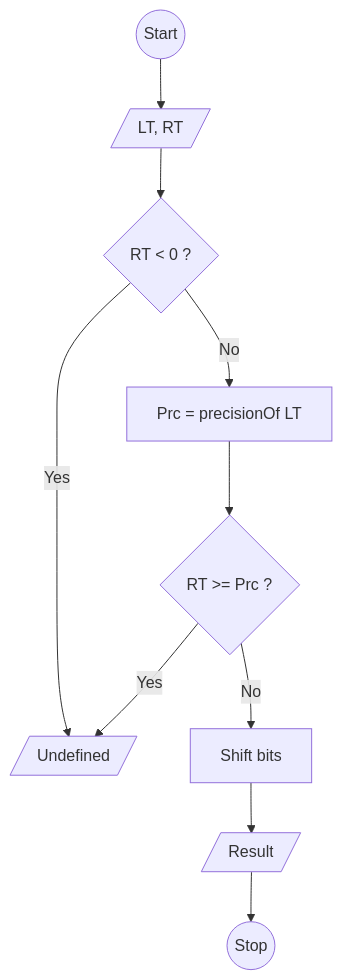
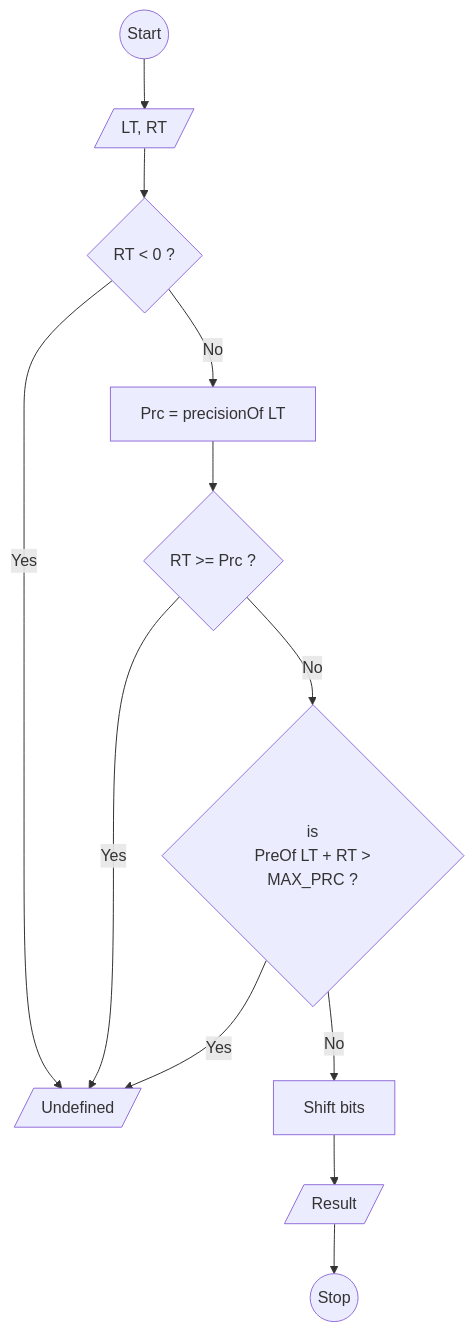
The diagram in notes/bitwise-operators.md (imdhemy/leetCode), drawn with Mermaid before and after one commit.

````diff
--- a/notes/bitwise-operators.md
+++ b/notes/bitwise-operators.md
@@ -87,21 +87,24 @@
 ```mermaid
 flowchart TB
     start((Start))
     input[/LT, RT/]
     stop((Stop))
     undefined[/Undefined/]
     shift[Shift bits]
     result[/Result/]
     isNegative{RT < 0 ?}
     calcPrecision[Prc = precisionOf LT]
     isGTPercision{RT >= Prc ?}
+    isExceedingMax{is\n PreOf LT + RT > MAX_PRC ?}
     
     start-->input-->isNegative
     isNegative-->|Yes| undefined
     isNegative-->|No| calcPrecision
     calcPrecision--> isGTPercision
     isGTPercision-->|Yes| undefined
-    isGTPercision-->|No| shift
+    isGTPercision-->|No| isExceedingMax
+    isExceedingMax-->|Yes| undefined
+    isExceedingMax-->|No| shift
     -->result
     -->stop
 ```
````
